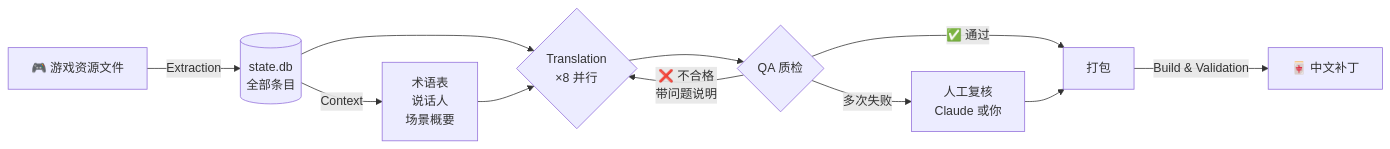
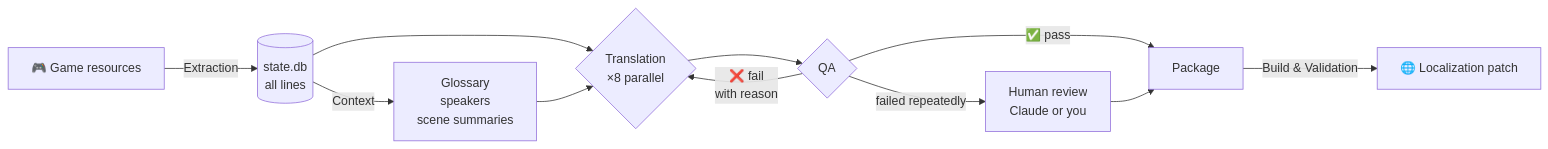
One commit to binbingwu/Multi-Agent-Game-Localizer changed the first of 2 diagrams in README.md. Above: the diagram before and after it, drawn with Mermaid. The commit also changed other lines of this file and 13 other files, not shown here.

````diff
--- a/README.md
+++ b/README.md
@@ -116,13 +122,13 @@
 ```mermaid
 flowchart LR
-    A[🎮 游戏资源文件] -->|Extraction| B[(state.db<br/>全部条目)]
-    B -->|Context| C[术语表<br/>说话人<br/>场景概要]
-    B --> D{Translation<br/>×8 并行}
+    A[🎮 Game resources] -->|Extraction| B[(state.db<br/>all lines)]
+    B -->|Context| C[Glossary<br/>speakers<br/>scene summaries]
+    B --> D{Translation<br/>×8 parallel}
     C --> D
-    D --> E{QA 质检}
-    E -->|✅ 通过| F[打包]
-    E -->|❌ 不合格<br/>带问题说明| D
-    E -->|多次失败| G[人工复核<br/>Claude 或你]
+    D --> E{QA}
+    E -->|✅ pass| F[Package]
+    E -->|❌ fail<br/>with reason| D
+    E -->|failed repeatedly| G[Human review<br/>Claude or you]
     G --> F
-    F -->|Build & Validation| H[🀄 中文补丁]
+    F -->|Build & Validation| H[🌐 Localization patch]
 ```
````
